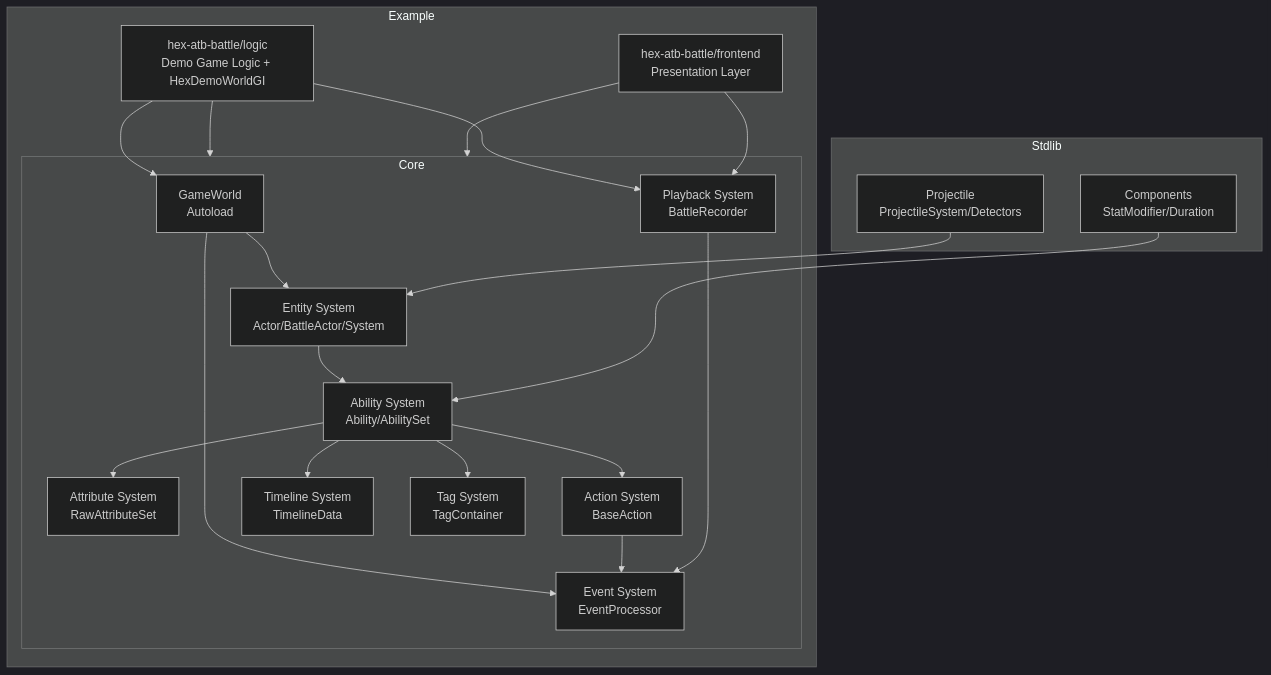
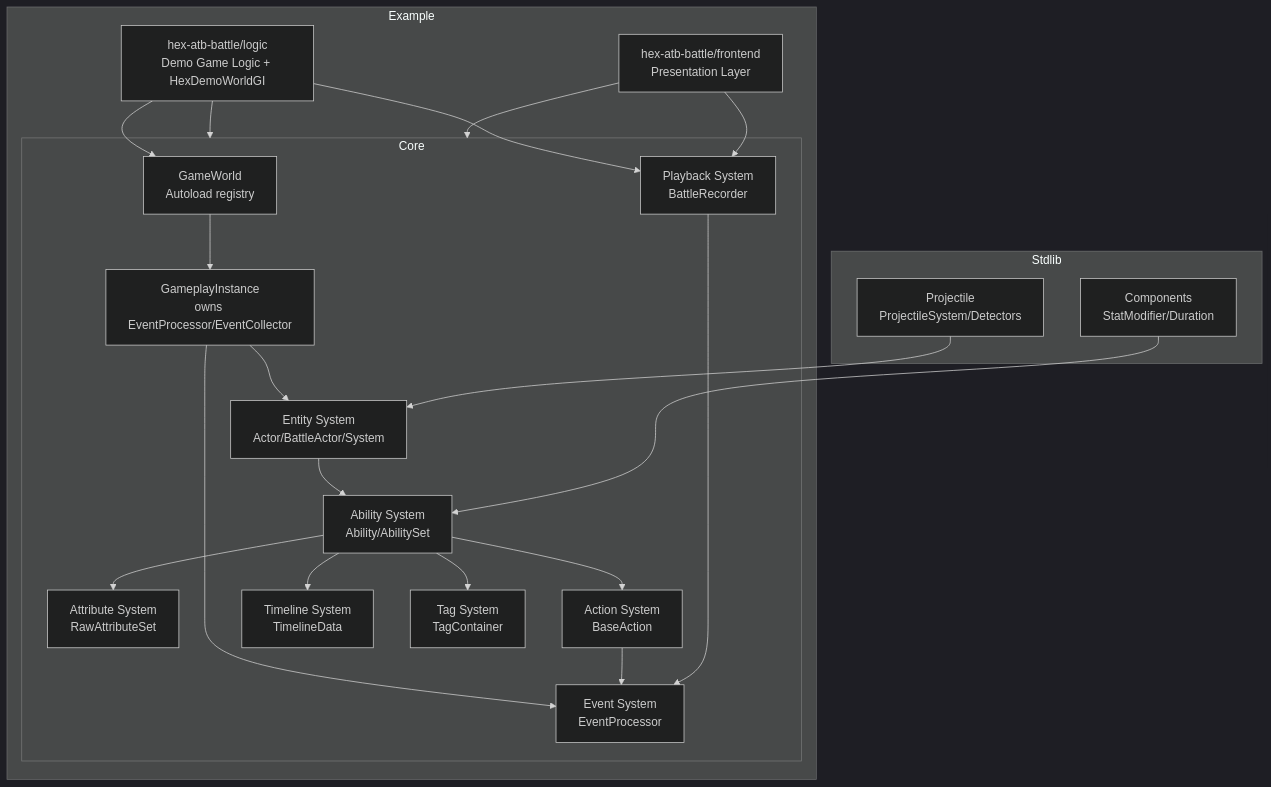
Before and after one commit to 15195999826/godot-addons: the diagram in logic-game-framework/CLAUDE.md, drawn with Mermaid (dark theme). The commit also changed other lines of this file and 81 other files, not shown here.

First line of the commit message:
refactor(lgf): P4 事件设施归 GameplayInstance

````diff
--- a/logic-game-framework/CLAUDE.md
+++ b/logic-game-framework/CLAUDE.md
@@ -11,42 +11,44 @@
 ```mermaid
 graph TB
     subgraph "Core"
-        World[GameWorld<br/>Autoload]
+        World[GameWorld<br/>Autoload registry]
+        Instance[GameplayInstance<br/>owns EventProcessor/EventCollector]
         Entity[Entity System<br/>Actor/BattleActor/System]
         Attributes[Attribute System<br/>RawAttributeSet]
         Abilities[Ability System<br/>Ability/AbilitySet]
         Events[Event System<br/>EventProcessor]
         Actions[Action System<br/>BaseAction]
         Timeline[Timeline System<br/>TimelineData]
         Tags[Tag System<br/>TagContainer]
         Playback[Playback System<br/>BattleRecorder]
     end
 
     subgraph "Stdlib"
         Components[Components<br/>StatModifier/Duration]
         Projectile[Projectile<br/>ProjectileSystem/Detectors]
     end
 
     subgraph "Example"
         Core[hex-atb-battle/core<br/>Shared Events + WorldGI base]
         HexDemo[hex-atb-battle/logic<br/>Demo Game Logic + HexDemoWorldGI]
         Frontend[hex-atb-battle/frontend<br/>Presentation Layer]
     end
 
-    World --> Entity
-    World --> Events
+    World --> Instance
+    Instance --> Entity
+    Instance --> Events
     Entity --> Abilities
     Abilities --> Attributes
     Abilities --> Tags
     Abilities --> Actions
     Abilities --> Timeline
     Actions --> Events
     Components --> Abilities
     Projectile --> Entity
     Playback --> Events
     HexDemo --> World
     HexDemo --> Core
     HexDemo --> Playback
     Frontend --> Core
     Frontend --> Playback
 ```
````
